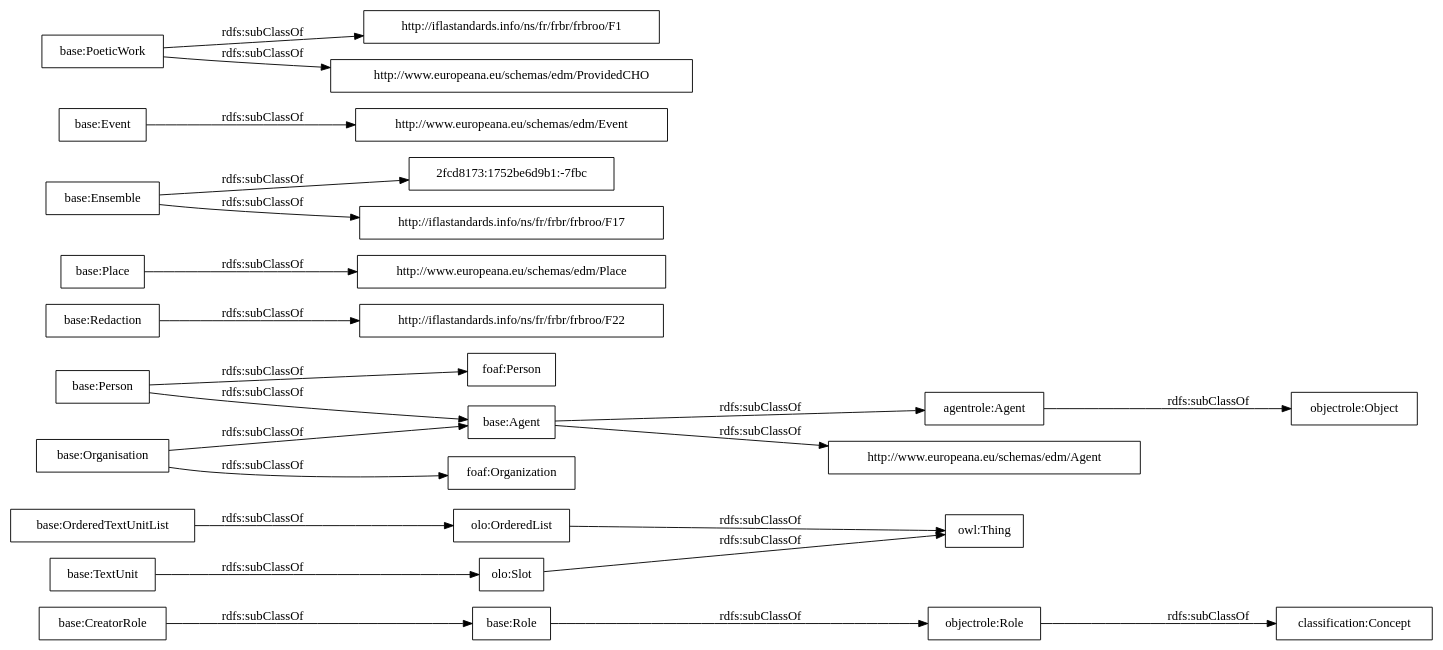
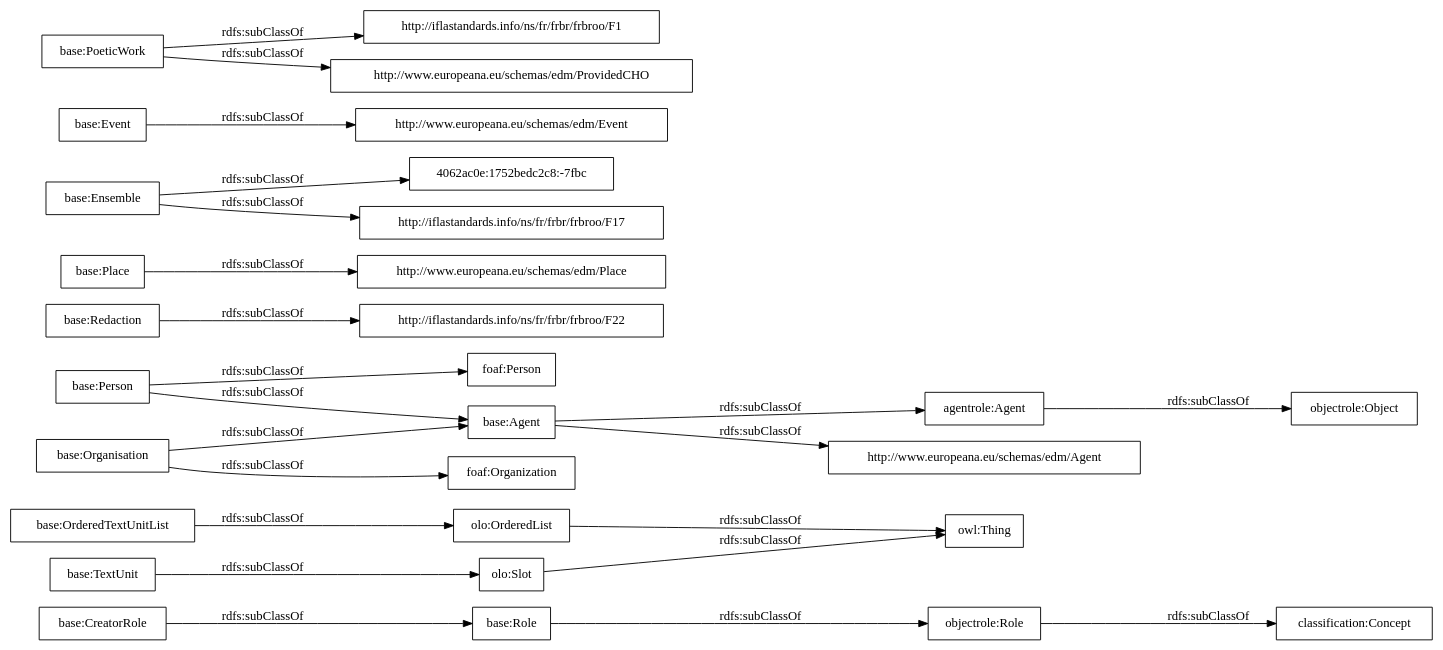
The diagram in OnToology/postdata-core.owl/diagrams/ar2dtool-taxonomy/postdata-core.owl.png.dot (OnToologyUser/core-ontology-1), drawn with Graphviz before and after one commit. The commit also changed 14 other files, not shown here.

```diff
--- a/OnToology/postdata-core.owl/diagrams/ar2dtool-taxonomy/postdata-core.owl.png.dot
+++ b/OnToology/postdata-core.owl/diagrams/ar2dtool-taxonomy/postdata-core.owl.png.dot
@@ -1,27 +1,27 @@
 digraph ar2dtool_diagram { 
 rankdir=LR;
 size="1000"
-node [shape = rectangle, color="black"]; "base:Role" "base:OrderedTextUnitList" "agentrole:Agent" "http://iflastandards.info/ns/fr/frbr/frbroo/F22" "http://www.europeana.eu/schemas/edm/Agent" "base:Agent" "base:CreatorRole" "base:Person" "base:Organisation" "http://www.europeana.eu/schemas/edm/Place" "base:Redaction" "base:Ensemble" "foaf:Person" "http://www.europeana.eu/schemas/edm/Event" "base:TextUnit" "http://iflastandards.info/ns/fr/frbr/frbroo/F1" "foaf:Organization" "http://www.europeana.eu/schemas/edm/ProvidedCHO" "base:Place" "2fcd8173:1752be6d9b1:-7fbc" "base:Event" "base:PoeticWork" "http://iflastandards.info/ns/fr/frbr/frbroo/F17" "owl:Thing" "objectrole:Role" "objectrole:Object" "olo:Slot" "olo:OrderedList" "classification:Concept" ; /*classes style*/
+node [shape = rectangle, color="black"]; "base:Role" "base:OrderedTextUnitList" "agentrole:Agent" "http://iflastandards.info/ns/fr/frbr/frbroo/F22" "http://www.europeana.eu/schemas/edm/Agent" "base:Agent" "base:CreatorRole" "base:Person" "base:Organisation" "http://www.europeana.eu/schemas/edm/Place" "base:Redaction" "base:Ensemble" "foaf:Person" "http://www.europeana.eu/schemas/edm/Event" "base:TextUnit" "http://iflastandards.info/ns/fr/frbr/frbroo/F1" "foaf:Organization" "http://www.europeana.eu/schemas/edm/ProvidedCHO" "base:Place" "4062ac0e:1752bedc2c8:-7fbc" "base:Event" "base:PoeticWork" "http://iflastandards.info/ns/fr/frbr/frbroo/F17" "owl:Thing" "objectrole:Role" "objectrole:Object" "olo:Slot" "olo:OrderedList" "classification:Concept" ; /*classes style*/
 	"base:Redaction" -> "http://iflastandards.info/ns/fr/frbr/frbroo/F22" [ label = "rdfs:subClassOf" ];
 	"base:Role" -> "objectrole:Role" [ label = "rdfs:subClassOf" ];
 	"base:Event" -> "http://www.europeana.eu/schemas/edm/Event" [ label = "rdfs:subClassOf" ];
 	"base:Person" -> "foaf:Person" [ label = "rdfs:subClassOf" ];
 	"base:Person" -> "base:Agent" [ label = "rdfs:subClassOf" ];
 	"olo:OrderedList" -> "owl:Thing" [ label = "rdfs:subClassOf" ];
 	"olo:Slot" -> "owl:Thing" [ label = "rdfs:subClassOf" ];
 	"base:PoeticWork" -> "http://www.europeana.eu/schemas/edm/ProvidedCHO" [ label = "rdfs:subClassOf" ];
 	"base:PoeticWork" -> "http://iflastandards.info/ns/fr/frbr/frbroo/F1" [ label = "rdfs:subClassOf" ];
 	"base:TextUnit" -> "olo:Slot" [ label = "rdfs:subClassOf" ];
 	"agentrole:Agent" -> "objectrole:Object" [ label = "rdfs:subClassOf" ];
-	"base:Ensemble" -> "2fcd8173:1752be6d9b1:-7fbc" [ label = "rdfs:subClassOf" ];
+	"base:Ensemble" -> "4062ac0e:1752bedc2c8:-7fbc" [ label = "rdfs:subClassOf" ];
 	"base:Ensemble" -> "http://iflastandards.info/ns/fr/frbr/frbroo/F17" [ label = "rdfs:subClassOf" ];
 	"base:OrderedTextUnitList" -> "olo:OrderedList" [ label = "rdfs:subClassOf" ];
 	"base:Agent" -> "agentrole:Agent" [ label = "rdfs:subClassOf" ];
 	"base:Agent" -> "http://www.europeana.eu/schemas/edm/Agent" [ label = "rdfs:subClassOf" ];
 	"objectrole:Role" -> "classification:Concept" [ label = "rdfs:subClassOf" ];
 	"base:Place" -> "http://www.europeana.eu/schemas/edm/Place" [ label = "rdfs:subClassOf" ];
 	"base:Organisation" -> "foaf:Organization" [ label = "rdfs:subClassOf" ];
 	"base:Organisation" -> "base:Agent" [ label = "rdfs:subClassOf" ];
 	"base:CreatorRole" -> "base:Role" [ label = "rdfs:subClassOf" ];
 
 }
```
